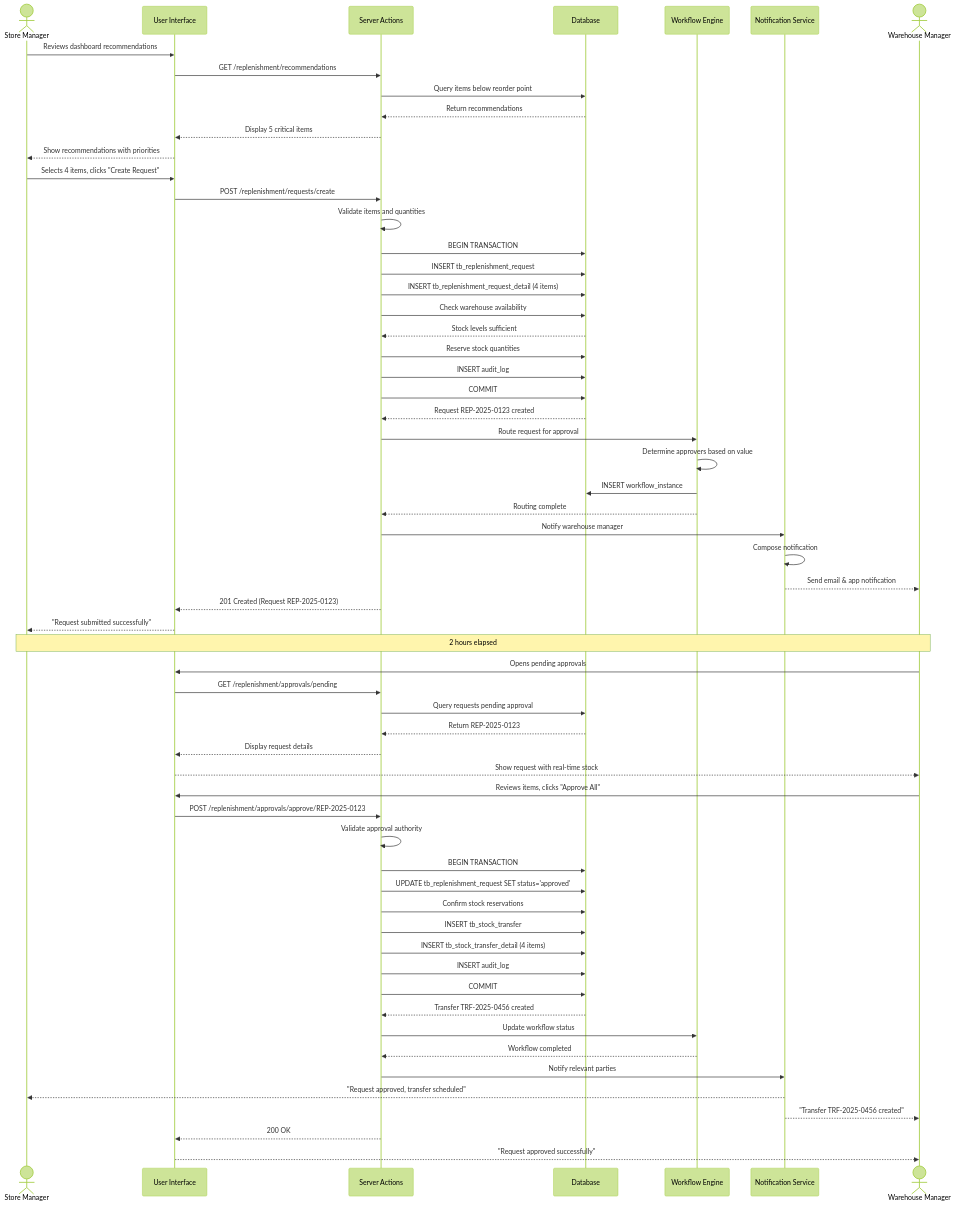
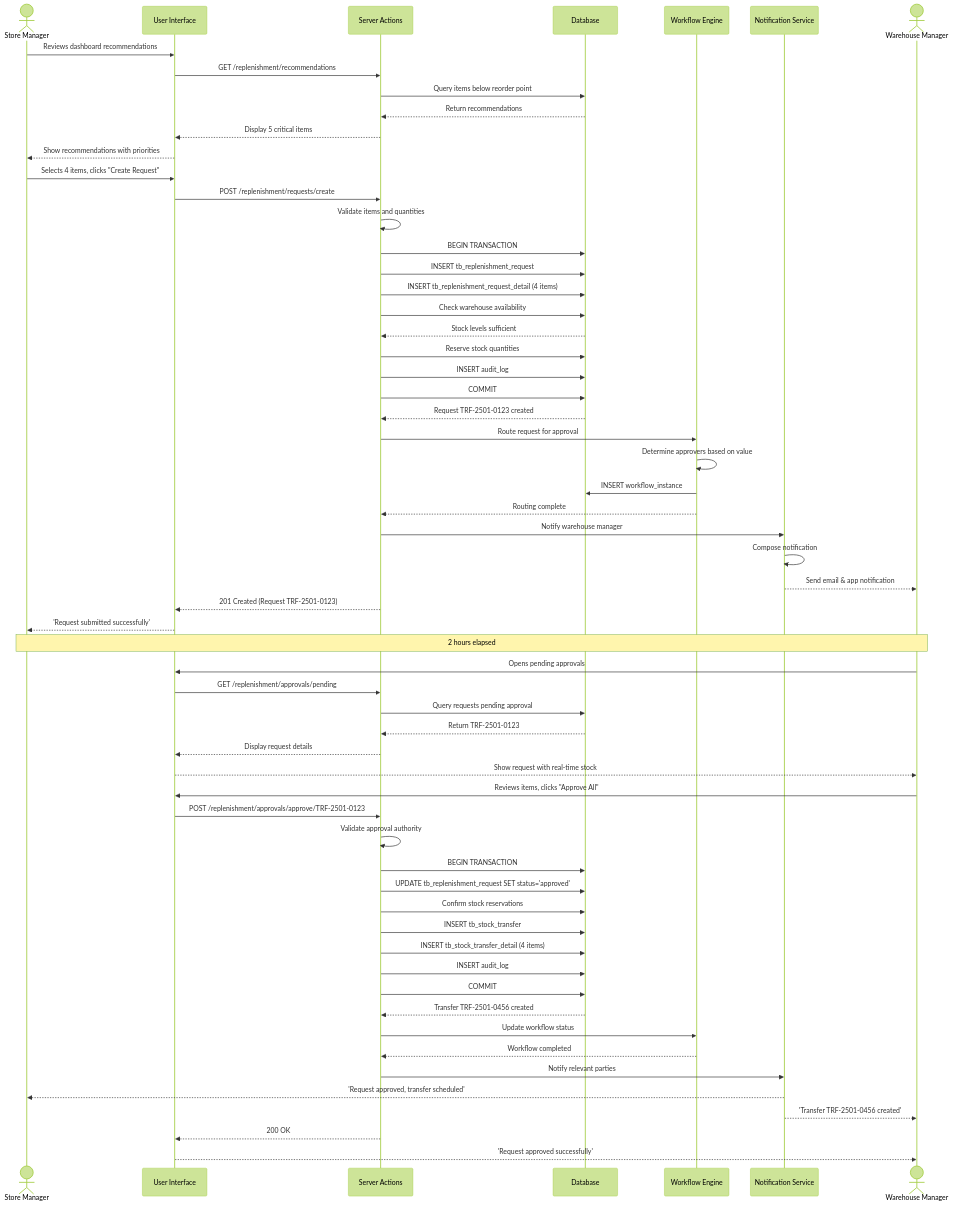
Diagram 15 of 19 in docs/app/store-operations/stock-replenishment/FD-stock-replenishment.md (PeakMNA/carmen), drawn with Mermaid (forest theme) before and after one commit. The commit also changed other lines of this file and 458 other files, not shown here.

````diff
--- a/docs/app/store-operations/stock-replenishment/FD-stock-replenishment.md
+++ b/docs/app/store-operations/stock-replenishment/FD-stock-replenishment.md
@@ -1244,73 +1244,73 @@
 ```mermaid
 sequenceDiagram
     actor Maria as Store Manager
     participant UI as User Interface
     participant API as Server Actions
     participant DB as Database
     participant Workflow as Workflow Engine
     participant NotifSvc as Notification Service
     actor William as Warehouse Manager
 
     Maria->>UI: Reviews dashboard recommendations
     UI->>API: GET /replenishment/recommendations
     API->>DB: Query items below reorder point
     DB-->>API: Return recommendations
     API-->>UI: Display 5 critical items
     UI-->>Maria: Show recommendations with priorities
 
     Maria->>UI: Selects 4 items, clicks "Create Request"
     UI->>API: POST /replenishment/requests/create
     API->>API: Validate items and quantities
     API->>DB: BEGIN TRANSACTION
     API->>DB: INSERT tb_replenishment_request
     API->>DB: INSERT tb_replenishment_request_detail (4 items)
     API->>DB: Check warehouse availability
     DB-->>API: Stock levels sufficient
     API->>DB: Reserve stock quantities
     API->>DB: INSERT audit_log
     API->>DB: COMMIT
-    DB-->>API: Request REP-2025-0123 created
+    DB-->>API: Request TRF-2501-0123 created
 
     API->>Workflow: Route request for approval
     Workflow->>Workflow: Determine approvers based on value
     Workflow->>DB: INSERT workflow_instance
     Workflow-->>API: Routing complete
 
     API->>NotifSvc: Notify warehouse manager
     NotifSvc->>NotifSvc: Compose notification
     NotifSvc-->>William: Send email & app notification
 
-    API-->>UI: 201 Created (Request REP-2025-0123)
-    UI-->>Maria: "Request submitted successfully"
+    API-->>UI: 201 Created (Request TRF-2501-0123)
+    UI-->>Maria: 'Request submitted successfully'
 
     Note over Maria,William: 2 hours elapsed
 
     William->>UI: Opens pending approvals
     UI->>API: GET /replenishment/approvals/pending
     API->>DB: Query requests pending approval
-    DB-->>API: Return REP-2025-0123
+    DB-->>API: Return TRF-2501-0123
     API-->>UI: Display request details
     UI-->>William: Show request with real-time stock
 
     William->>UI: Reviews items, clicks "Approve All"
-    UI->>API: POST /replenishment/approvals/approve/REP-2025-0123
+    UI->>API: POST /replenishment/approvals/approve/TRF-2501-0123
     API->>API: Validate approval authority
     API->>DB: BEGIN TRANSACTION
     API->>DB: UPDATE tb_replenishment_request SET status='approved'
     API->>DB: Confirm stock reservations
     API->>DB: INSERT tb_stock_transfer
     API->>DB: INSERT tb_stock_transfer_detail (4 items)
     API->>DB: INSERT audit_log
     API->>DB: COMMIT
-    DB-->>API: Transfer TRF-2025-0456 created
+    DB-->>API: Transfer TRF-2501-0456 created
 
     API->>Workflow: Update workflow status
     Workflow-->>API: Workflow completed
 
     API->>NotifSvc: Notify relevant parties
-    NotifSvc-->>Maria: "Request approved, transfer scheduled"
-    NotifSvc-->>William: "Transfer TRF-2025-0456 created"
+    NotifSvc-->>Maria: 'Request approved, transfer scheduled'
+    NotifSvc-->>William: 'Transfer TRF-2501-0456 created'
 
     API-->>UI: 200 OK
-    UI-->>William: "Request approved successfully"
+    UI-->>William: 'Request approved successfully'
 ```
````
